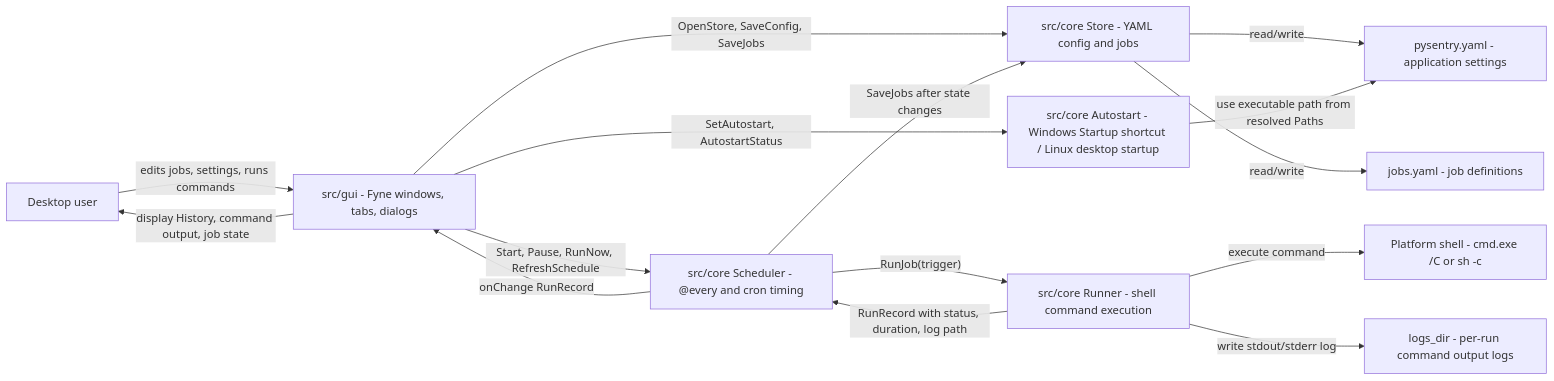
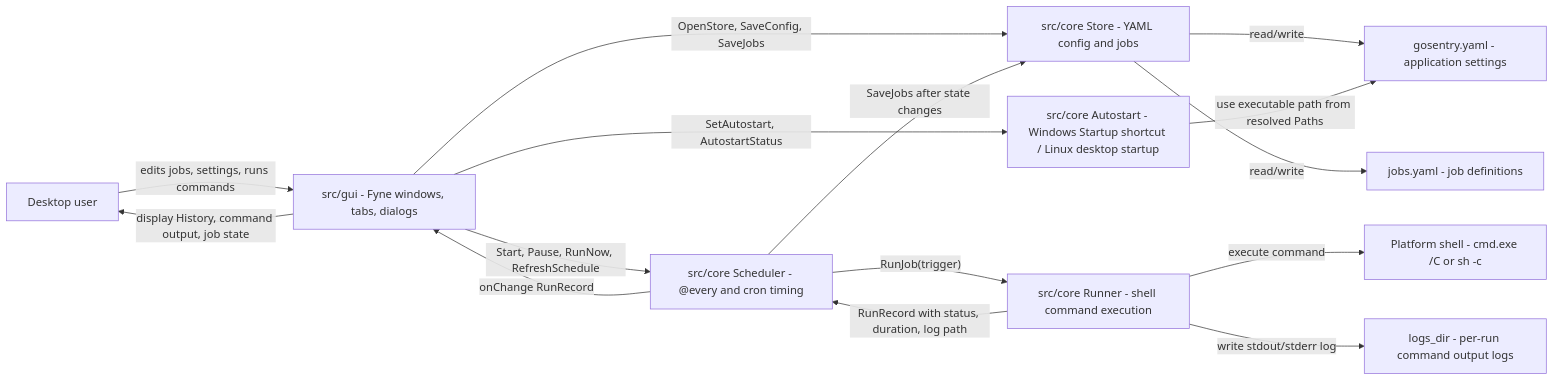
Before and after one commit to mixeme/gosentry: the diagram in docs/ARCHITECTURE.md, drawn with Mermaid. The commit also changed other lines of this file and 27 other files, not shown here.

````diff
--- a/docs/ARCHITECTURE.md
+++ b/docs/ARCHITECTURE.md
@@ -10,30 +10,30 @@
 ```mermaid
 flowchart LR
     user["Desktop user"]
     gui["src/gui - Fyne windows, tabs, dialogs"]
     store["src/core Store - YAML config and jobs"]
     scheduler["src/core Scheduler - @every and cron timing"]
     runner["src/core Runner - shell command execution"]
     autostart["src/core Autostart - Windows Startup shortcut / Linux desktop startup"]
-    config["pysentry.yaml - application settings"]
+    config["gosentry.yaml - application settings"]
     jobs["jobs.yaml - job definitions"]
     logs["logs_dir - per-run command output logs"]
     shell["Platform shell - cmd.exe /C or sh -c"]
 
     user -->|"edits jobs, settings, runs commands"| gui
     gui -->|"OpenStore, SaveConfig, SaveJobs"| store
     store -->|"read/write"| config
     store -->|"read/write"| jobs
 
     gui -->|"Start, Pause, RunNow, RefreshSchedule"| scheduler
     scheduler -->|"SaveJobs after state changes"| store
     scheduler -->|"RunJob(trigger)"| runner
     runner -->|"execute command"| shell
     runner -->|"write stdout/stderr log"| logs
     runner -->|"RunRecord with status, duration, log path"| scheduler
     scheduler -->|"onChange RunRecord"| gui
     gui -->|"display History, command output, job state"| user
 
     gui -->|"SetAutostart, AutostartStatus"| autostart
     autostart -->|"use executable path from resolved Paths"| config
 ```
````
